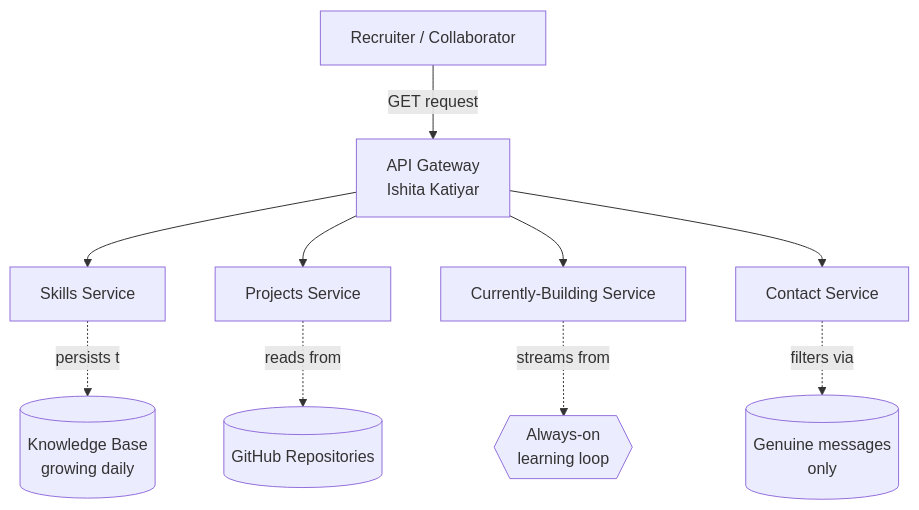
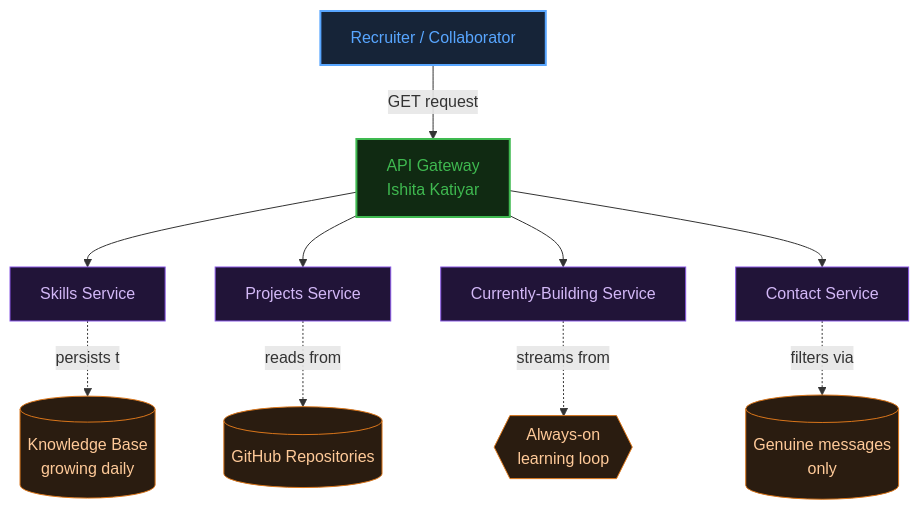
The diagram in README.md (Ishita-Katiyar-06/Ishita-Katiyar-06), drawn with Mermaid before and after one commit.

Commit message:
style: add custom color coding to system architecture mermaid diagram

````diff
--- a/README.md
+++ b/README.md
@@ -31,12 +31,23 @@
 ```mermaid
 graph TB
     REC[Recruiter / Collaborator] -->|GET request| GW["API Gateway<br/>Ishita Katiyar"]
     GW --> SKL[Skills Service]
     GW --> PRJ[Projects Service]
     GW --> CUR[Currently-Building Service]
     GW --> CON[Contact Service]
     SKL -.persists to.-> KB[("Knowledge Base<br/>growing daily")]
     PRJ -.reads from.-> REPO[("GitHub Repositories")]
     CUR -.streams from.-> LOOP{{"Always-on<br/>learning loop"}}
     CON -.filters via.-> INBOX[("Genuine messages<br/>only")]
+
+    classDef default fill:#1e1e24,stroke:#30363d,stroke-width:1px,color:#c9d1d9;
+    classDef gateway fill:#102a12,stroke:#3fb950,stroke-width:2px,color:#3fb950;
+    classDef recruiter fill:#162438,stroke:#58a6ff,stroke-width:2px,color:#58a6ff;
+    classDef service fill:#211438,stroke:#8957e5,stroke-width:1px,color:#d3b8f7;
+    classDef storage fill:#2a1c10,stroke:#da761b,stroke-width:1px,color:#ffca99;
+
+    class REC recruiter;
+    class GW gateway;
+    class SKL,PRJ,CUR,CON service;
+    class KB,REPO,LOOP,INBOX storage;
 ```
````
